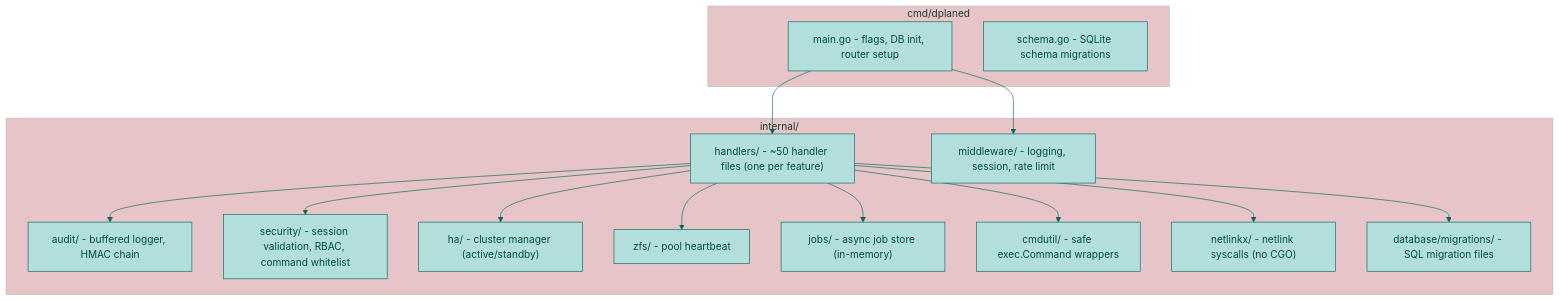
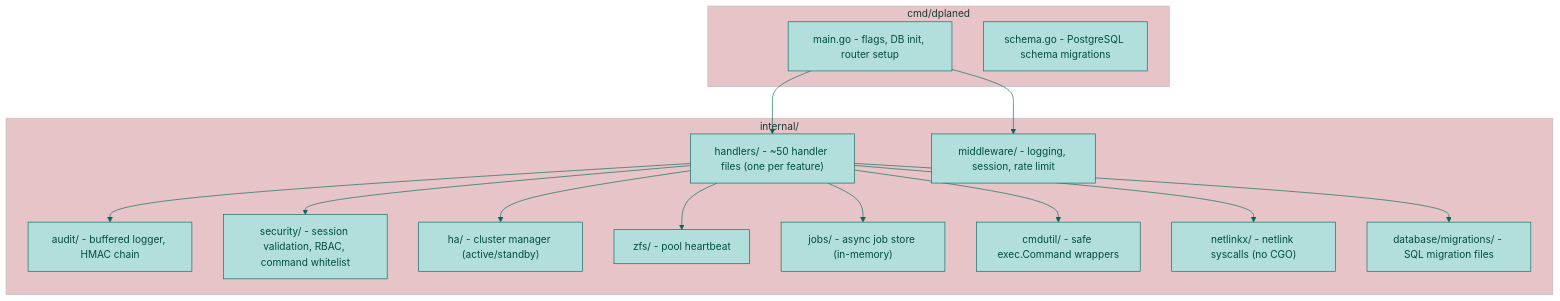
The second of 6 diagrams in docs/development/CODEBASE-DIAGRAM.md (4nonX/DPlaneOS), drawn with Mermaid before and after one commit. The commit also changed other lines of this file and 17 other files, not shown here.

Commit message:
docs: complete PostgreSQL migration documentation and refactor infra

````diff
--- a/docs/development/CODEBASE-DIAGRAM.md
+++ b/docs/development/CODEBASE-DIAGRAM.md
@@ -44,32 +44,32 @@
 ```mermaid
 %%{init: {'theme':'base', 'themeVariables': { 'primaryColor':'#b2dfdb', 'primaryTextColor':'#004d40', 'primaryBorderColor':'#00695c', 'lineColor':'#00695c', 'secondaryColor':'#e0f2f1' }}}%%
 flowchart TB
     subgraph cmd["cmd/dplaned"]
         main["main.go - flags, DB init, router setup"]
-        schema["schema.go - SQLite schema migrations"]
+        schema["schema.go - PostgreSQL schema migrations"]
     end
 
     subgraph internal["internal/"]
         handlers["handlers/ - ~50 handler files (one per feature)"]
         middleware["middleware/ - logging, session, rate limit"]
         audit["audit/ - buffered logger, HMAC chain"]
         security["security/ - session validation, RBAC, command whitelist"]
         ha["ha/ - cluster manager (active/standby)"]
         zfs_pkg["zfs/ - pool heartbeat"]
         jobs["jobs/ - async job store (in-memory)"]
         cmdutil["cmdutil/ - safe exec.Command wrappers"]
         netlinkx["netlinkx/ - netlink syscalls (no CGO)"]
         database["database/migrations/ - SQL migration files"]
     end
 
     main --> handlers
     main --> middleware
     handlers --> audit
     handlers --> security
     handlers --> cmdutil
     handlers --> jobs
     handlers --> netlinkx
     handlers --> database
     handlers --> ha
     handlers --> zfs_pkg
 ```
````
